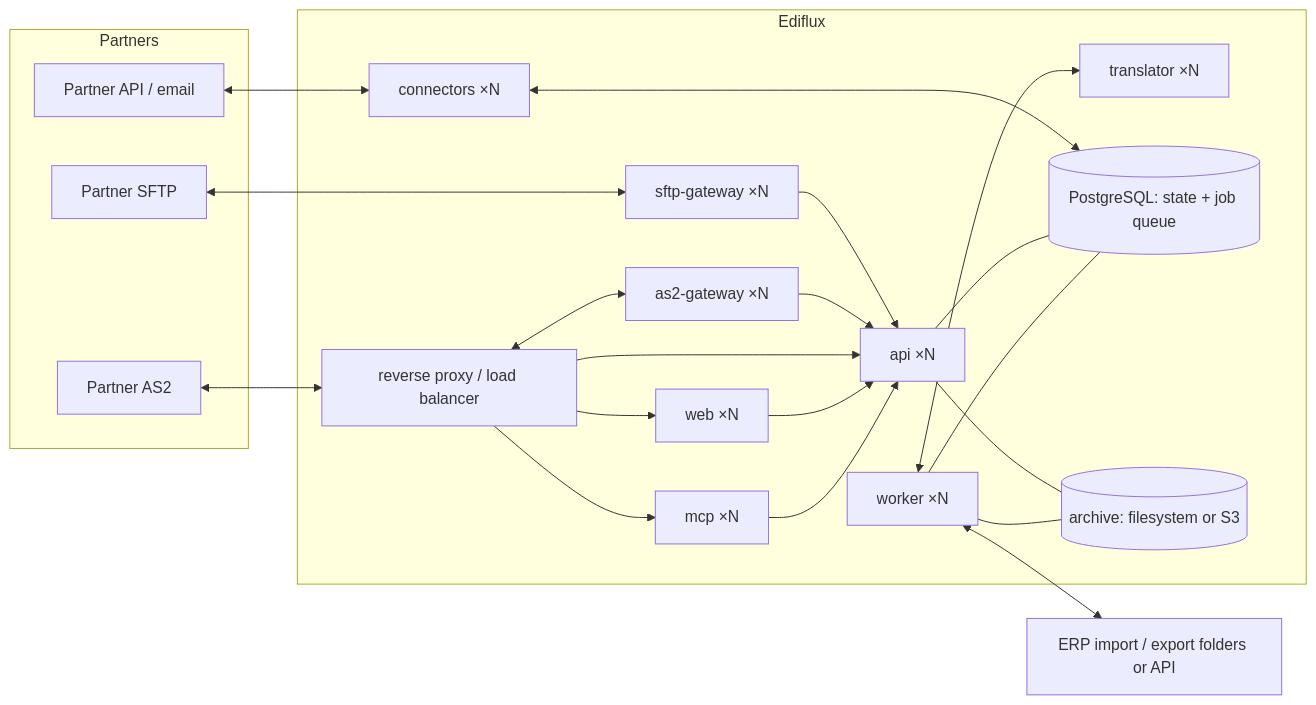
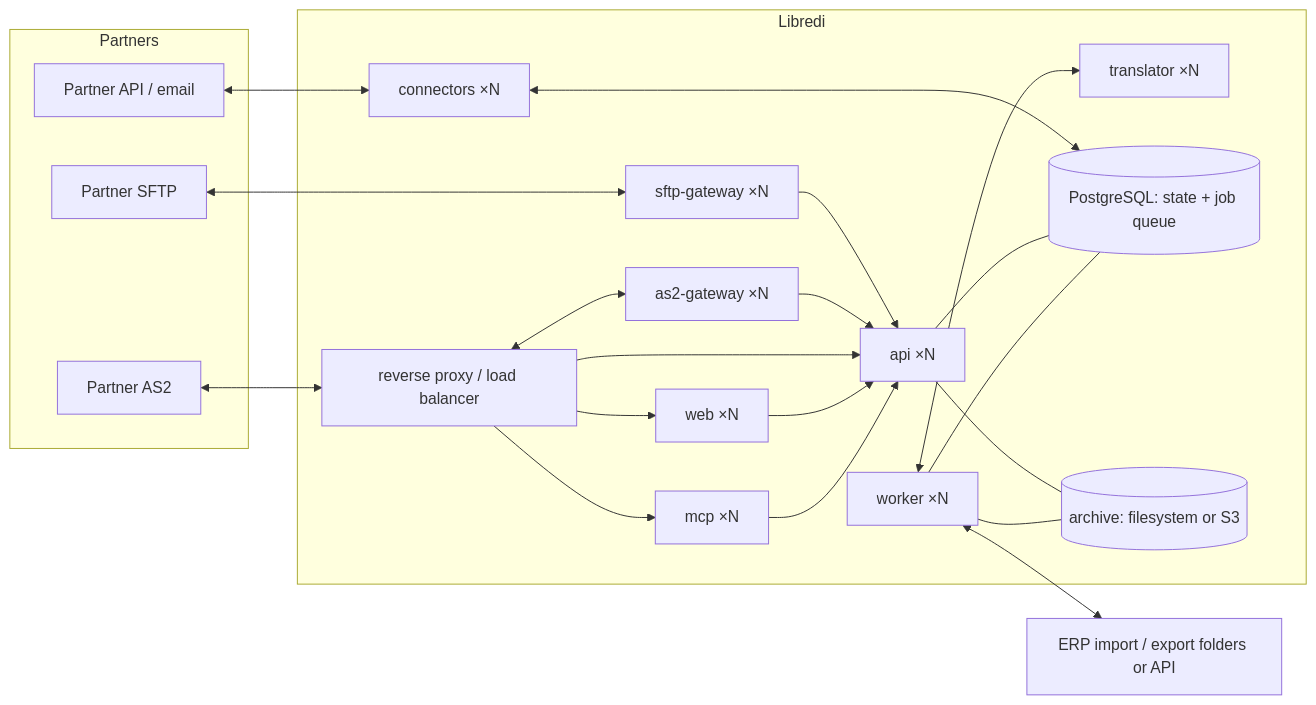
The second of 2 diagrams in docs/architecture.md (imapanda/ediflux), drawn with Mermaid before and after one commit. The commit also changed other lines of this file and 23 other files, not shown here.

````diff
--- a/docs/architecture.md
+++ b/docs/architecture.md
@@ -76,41 +76,41 @@
 ```mermaid
 flowchart LR
     subgraph Partners
       P1[Partner SFTP]
       P2[Partner AS2]
       P3[Partner API / email]
     end
-    subgraph Ediflux
+    subgraph Libredi
       LB[reverse proxy / load balancer]
       SFTP[sftp-gateway ×N]
       AS2[as2-gateway ×N]
       CONN[connectors ×N]
       API[api ×N]
       WK[worker ×N]
       TR[translator ×N]
       UI[web ×N]
       MCP[mcp ×N]
       DB[(PostgreSQL: state + job queue)]
       ARCH[(archive: filesystem or S3)]
     end
     ERP[ERP import / export folders or API]
 
     P1 <--> SFTP
     P2 <--> LB
     LB <--> AS2
     P3 <--> CONN
     SFTP --> API
     AS2 --> API
     CONN <--> DB
     API --- DB
     WK --- DB
     WK <--> TR
     API --- ARCH
     WK --- ARCH
     WK <--> ERP
     LB --> UI
     LB --> API
     LB --> MCP
     UI --> API
     MCP --> API
 ```
````
